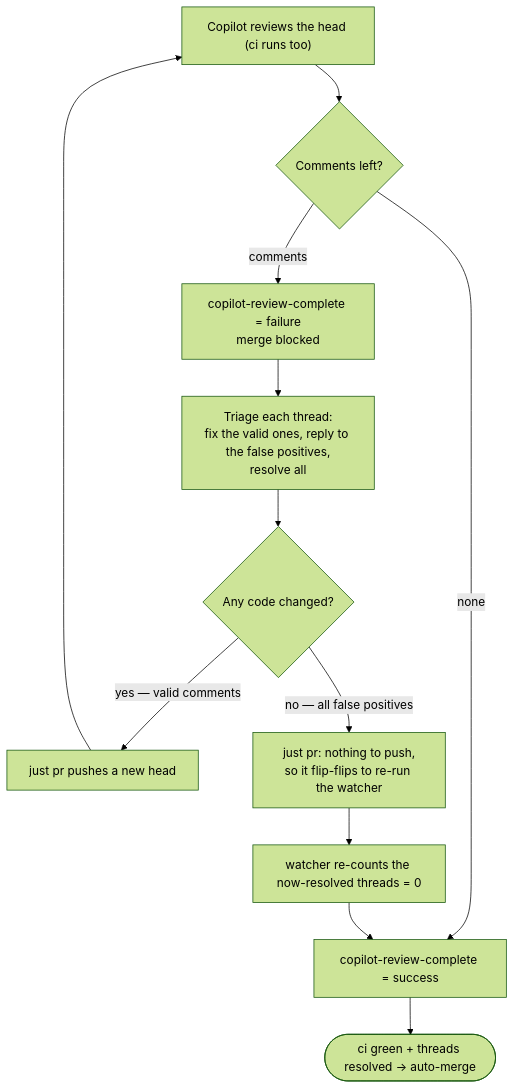
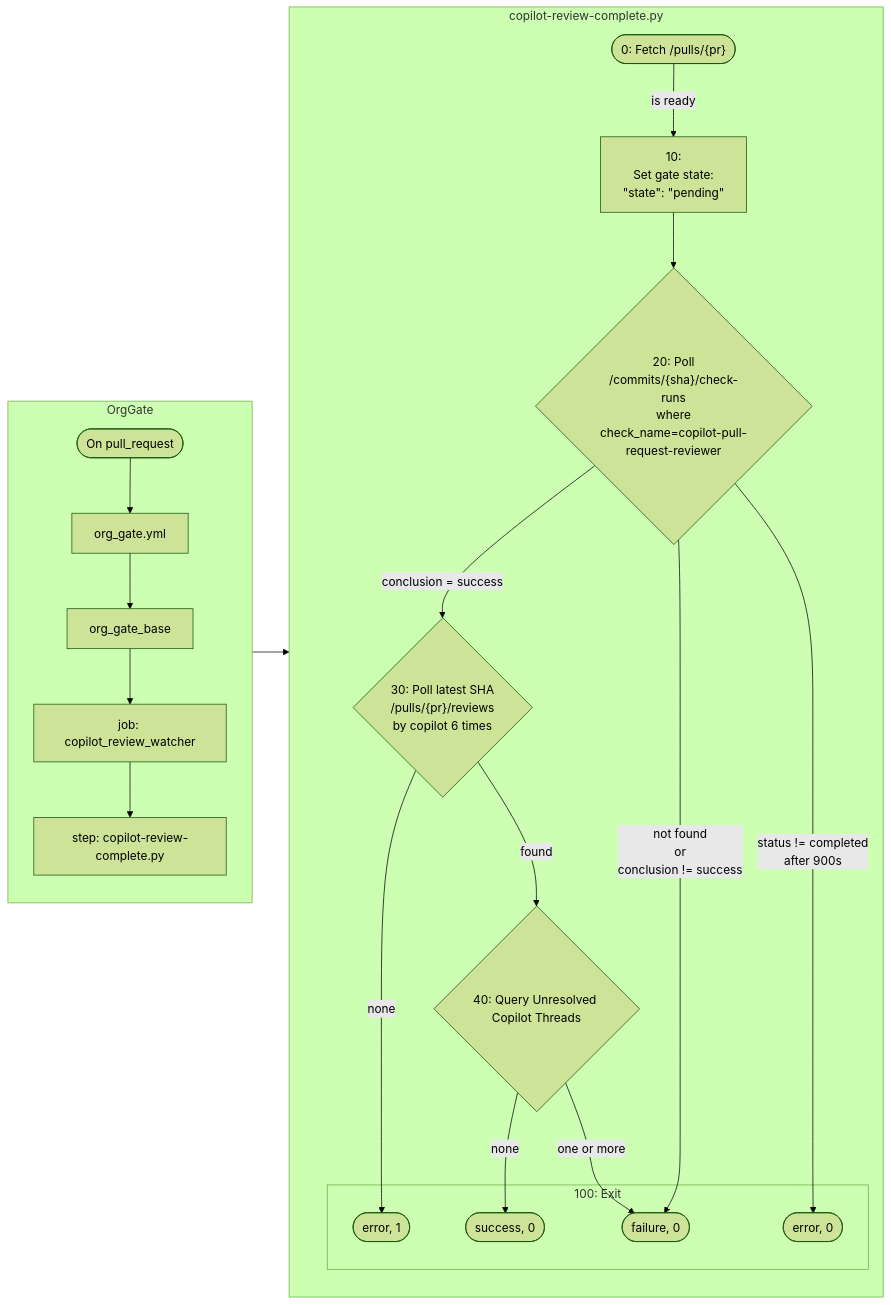
The diagram in apps/copilot-review-gate/README.md (zyplux/.github), drawn with Mermaid (forest theme) before and after one commit. The commit also changed other lines of this file and 9 other files, not shown here.

Commit message:
sy-fix-org-gate (#6)

````diff
--- a/apps/copilot-review-gate/README.md
+++ b/apps/copilot-review-gate/README.md
@@ -11,14 +11,27 @@
 ```mermaid
-flowchart TD
-    review["Copilot reviews the head (ci runs too)"] --> q{"Comments left?"}
-    q -->|none| clean["copilot-review-complete = success"]
-    q -->|comments| blocked["copilot-review-complete = failure<br/>merge blocked"]
-    blocked --> triage["Triage each thread:<br/>fix the valid ones, reply to the false positives,<br/>resolve all"]
-    triage --> changed{"Any code changed?"}
-    changed -->|"yes — valid comments"| pushfix["just pr pushes a new head"]
-    pushfix --> review
-    changed -->|"no — all false positives"| refresh["just pr: nothing to push,<br/>so it flip-flips to re-run the watcher"]
-    refresh --> recount["watcher re-counts the now-resolved threads = 0"]
-    recount --> clean
-    clean --> merge(["ci green + threads resolved → auto-merge"])
+flowchart LR
+    OrgGate --> copilot-review-complete
+
+    subgraph OrgGate
+        Event(["On pull_request"]) --> org_gate["org_gate.yml"] --> org_gate_base --> JobCRW["job: copilot_review_watcher"] --> Step["step: copilot-review-complete.py"]
+    end    
+
+    subgraph copilot-review-complete["copilot-review-complete.py"]
+        Ready(["0: Fetch /pulls/{pr}"]) -->|is ready| Pending["10:<br/>Set gate state:<br/>#quot;state#quot;: #quot;pending#quot;"]
+        Pending --> Check{"20: Poll<br/>/commits/{sha}/check-runs<br/>where<br/>check_name=copilot-pull-request-reviewer"}
+        Check -->|conclusion = success| Review{"30: Poll latest SHA<br/>/pulls/{pr}/reviews<br/>by copilot 6 times"}
+        Review -->|found| Threads{"40: Query Unresolved Copilot Threads"}
+        Review -->|none| ReviewError(["error, 1"])
+        Threads -->|none| Success(["success, 0"])
+        Threads -->|one or more| Failure
+        Check -->|not found<br/>or<br/>conclusion != success| Failure(["failure, 0"])
+        Check -->|status != completed<br/>after 900s| TimedError(["error, 0"])        
+        
+        subgraph Exit["100: Exit"]
+          TimedError
+          Failure
+          Success
+          ReviewError                
+        end
+    end    
 ```
````
